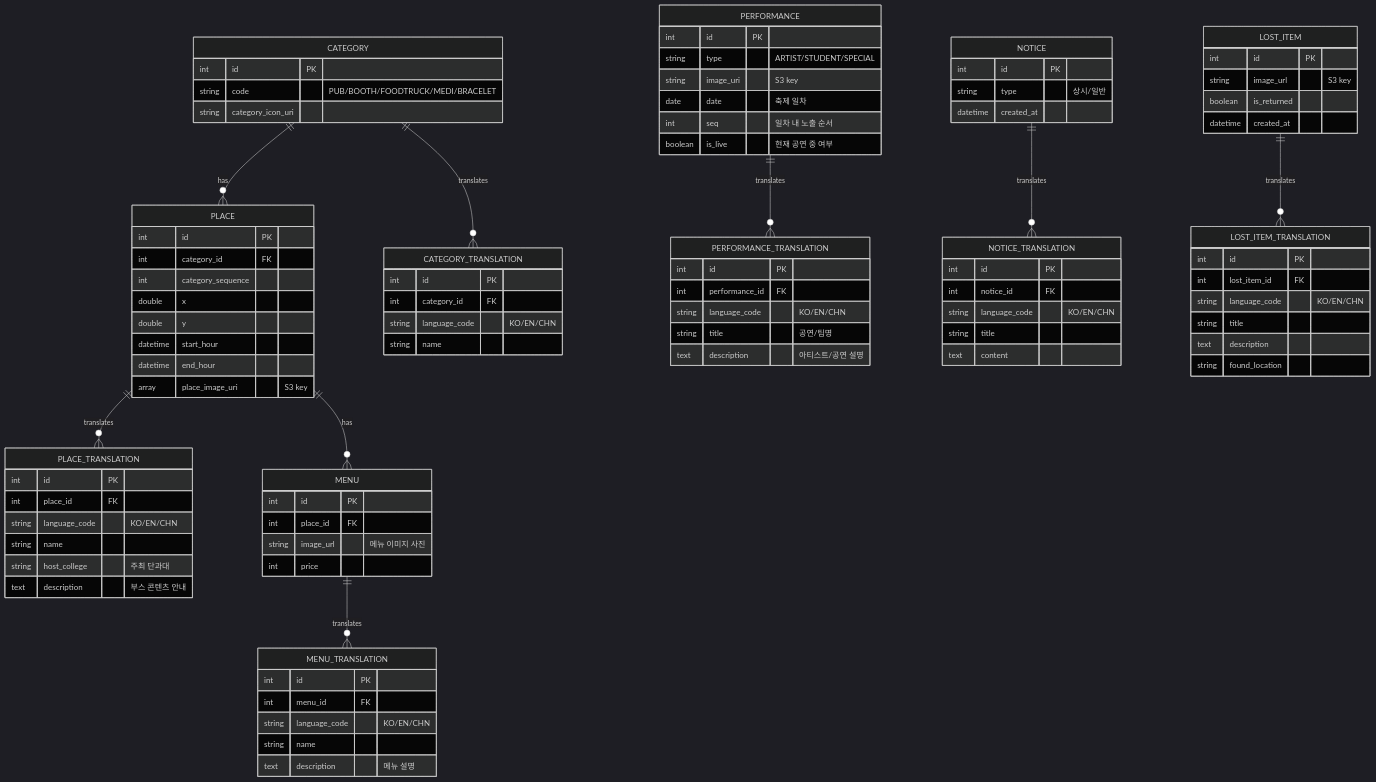
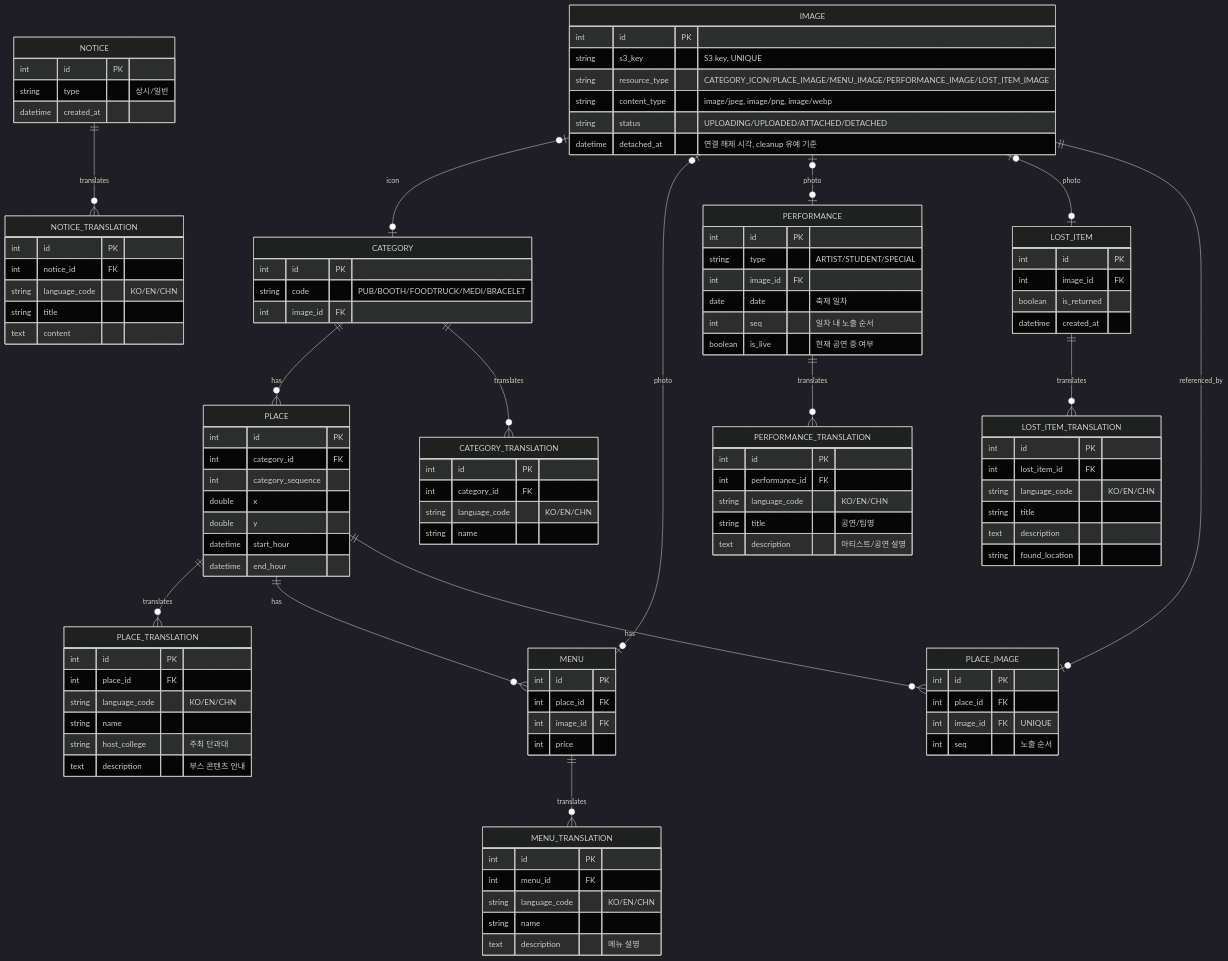
The diagram in docs/PRD.md (Quinquatria-site/backend), drawn with Mermaid (dark theme) before and after one commit. The commit also changed 48 other files, not shown here.

First line of the commit message:
feat: 이미지 업로드 presigned URL 발급과 고아 객체 회수 (#9)

```diff
--- a/docs/PRD.md
+++ b/docs/PRD.md
@@ -140,10 +140,34 @@
 
   LOST_ITEM ||--o{ LOST_ITEM_TRANSLATION : translates
 
+  IMAGE |o--o| CATEGORY : icon
+  IMAGE |o--o| MENU : photo
+  IMAGE |o--o| PERFORMANCE : photo
+  IMAGE |o--o| LOST_ITEM : photo
+
+  PLACE ||--o{ PLACE_IMAGE : has
+  IMAGE ||--o| PLACE_IMAGE : referenced_by
+
+  IMAGE {
+    int id PK
+    string s3_key "S3 key, UNIQUE"
+    string resource_type "CATEGORY_ICON/PLACE_IMAGE/MENU_IMAGE/PERFORMANCE_IMAGE/LOST_ITEM_IMAGE"
+    string content_type "image/jpeg, image/png, image/webp"
+    string status "UPLOADING/UPLOADED/ATTACHED/DETACHED"
+    datetime detached_at "연결 해제 시각, cleanup 유예 기준"
+  }
+
+  PLACE_IMAGE {
+    int id PK
+    int place_id FK
+    int image_id FK "UNIQUE"
+    int seq "노출 순서"
+  }
+
   CATEGORY {
     int id PK
     string code "PUB/BOOTH/FOODTRUCK/MEDI/BRACELET"
-    string category_icon_uri
+    int image_id FK
   }
 
   CATEGORY_TRANSLATION {
@@ -161,7 +185,6 @@
     double y
     datetime start_hour
     datetime end_hour
-    array place_image_uri "S3 key"
   }
 
   PLACE_TRANSLATION {
@@ -176,7 +199,7 @@
   MENU {
     int id PK
     int place_id FK
-    string image_url "메뉴 이미지 사진"
+    int image_id FK
     int price
   }
 
@@ -191,7 +214,7 @@
   PERFORMANCE {
     int id PK
     string type "ARTIST/STUDENT/SPECIAL"
-    string image_uri "S3 key"
+    int image_id FK
     date date "축제 일차"
     int seq "일차 내 노출 순서"
     boolean is_live "현재 공연 중 여부"
@@ -221,7 +244,7 @@
 
   LOST_ITEM {
     int id PK
-    string image_url "S3 key"
+    int image_id FK
     boolean is_returned
     datetime created_at
   }
```
